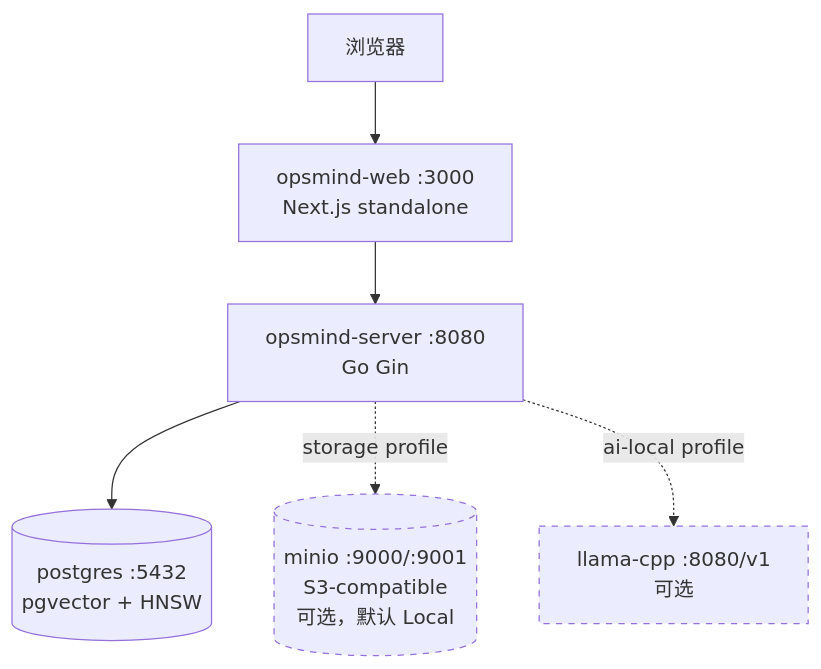
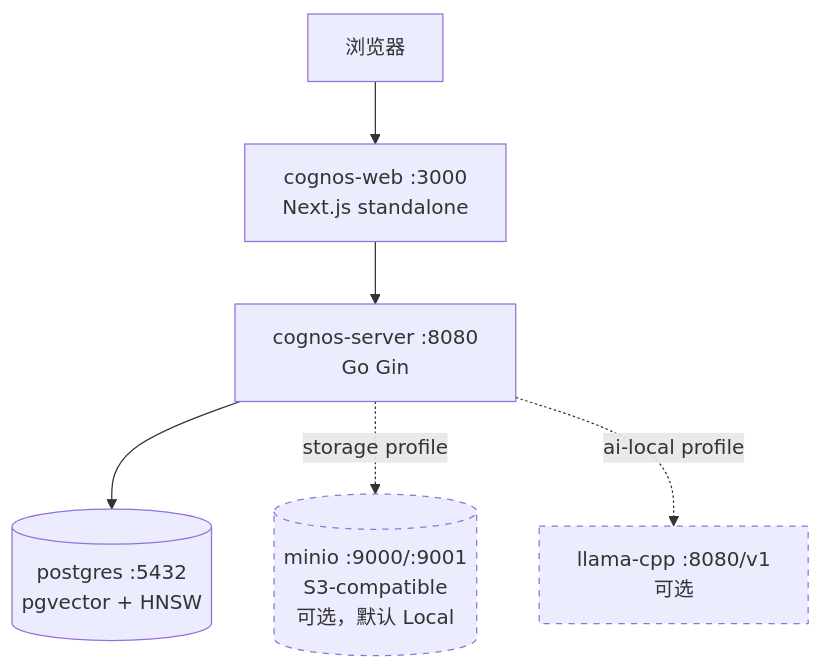
One commit to int2t05/Cognik changed the second of 6 diagrams in docs/PRD.md. Above: the diagram before and after it, drawn with Mermaid. The commit also changed other lines of this file and 176 other files, not shown here.

````diff
--- a/docs/PRD.md
+++ b/docs/PRD.md
@@ -46,11 +46,11 @@
 ```mermaid
 flowchart TD
-    Client["浏览器"] --> Web["opsmind-web :3000<br/>Next.js standalone"]
-    Web --> Server["opsmind-server :8080<br/>Go Gin"]
+    Client["浏览器"] --> Web["cognos-web :3000<br/>Next.js standalone"]
+    Web --> Server["cognos-server :8080<br/>Go Gin"]
     Server --> Postgres[("postgres :5432<br/>pgvector + HNSW")]
     Server -.->|storage profile| Minio[("minio :9000/:9001<br/>S3-compatible<br/>可选，默认 Local")]
     Server -.->|ai-local profile| LlamaCpp["llama-cpp :8080/v1<br/>可选"]
 
     style Minio stroke-dasharray: 5 5
     style LlamaCpp stroke-dasharray: 5 5
 ```
````
